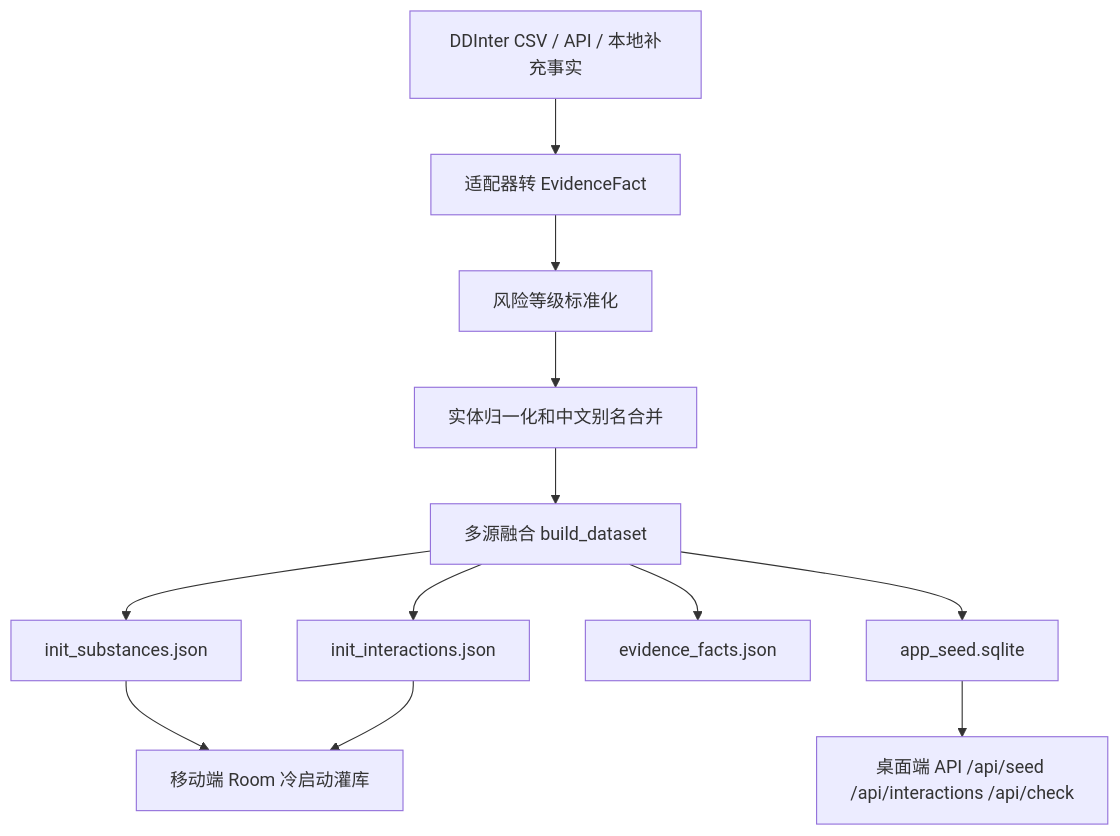
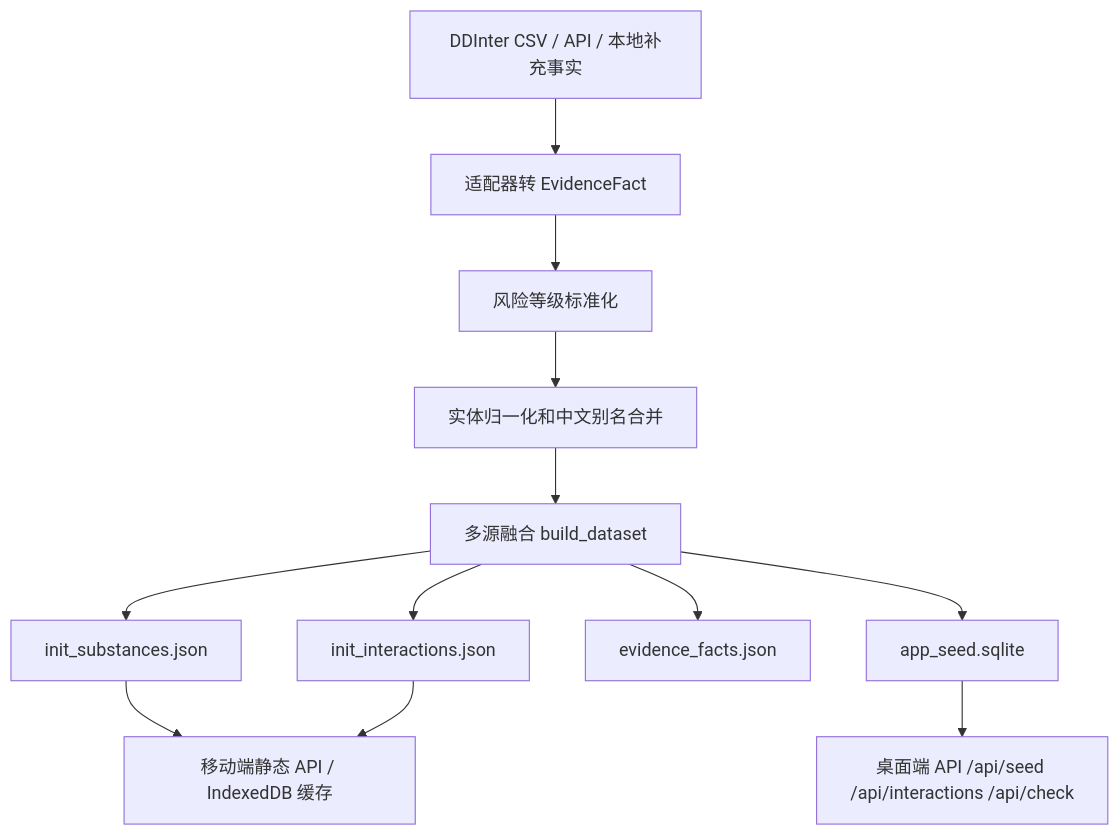
One commit to Miaocchi/metabolic-safety-api changed the diagram in docs/PROJECT_SCHEME.md. Above: the diagram before and after it, drawn with Mermaid. The commit also changed other lines of this file and 154 other files, not shown here.

````diff
--- a/docs/PROJECT_SCHEME.md
+++ b/docs/PROJECT_SCHEME.md
@@ -192,14 +192,14 @@
 ```mermaid
 flowchart TD
   A["DDInter CSV / API / 本地补充事实"] --> B["适配器转 EvidenceFact"]
   B --> C["风险等级标准化"]
   C --> D["实体归一化和中文别名合并"]
   D --> E["多源融合 build_dataset"]
   E --> F["init_substances.json"]
   E --> G["init_interactions.json"]
   E --> H["evidence_facts.json"]
   E --> I["app_seed.sqlite"]
   I --> J["桌面端 API /api/seed /api/interactions /api/check"]
-  F --> K["移动端 Room 冷启动灌库"]
+  F --> K["移动端静态 API / IndexedDB 缓存"]
   G --> K
 ```
````
